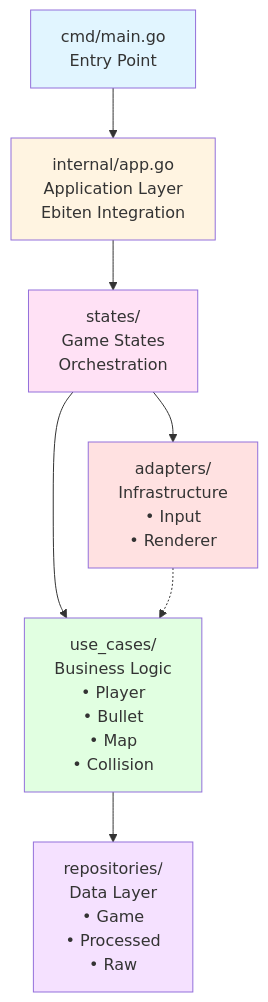
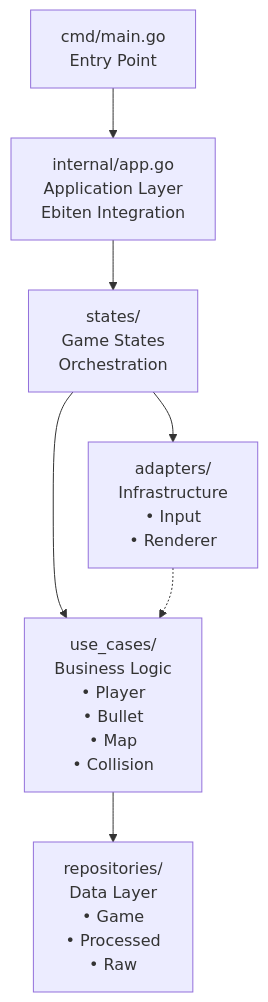
One commit to shpaker/tnk9x changed the first of 5 diagrams in README.md. Above: the diagram before and after it, drawn with Mermaid. The commit also changed other lines of this file, not shown here.

````diff
--- a/README.md
+++ b/README.md
@@ -82,25 +82,18 @@
 ```mermaid
 graph TB
     Entry[cmd/main.go<br/>Entry Point]
     App[internal/app.go<br/>Application Layer<br/>Ebiten Integration]
     States[states/<br/>Game States<br/>Orchestration]
     
     UseCases[use_cases/<br/>Business Logic<br/>• Player<br/>• Bullet<br/>• Map<br/>• Collision]
     Adapters[adapters/<br/>Infrastructure<br/>• Input<br/>• Renderer]
     
     Repos[repositories/<br/>Data Layer<br/>• Game<br/>• Processed<br/>• Raw]
     
     Entry --> App
     App --> States
     States --> UseCases
     States --> Adapters
     Adapters -.-> UseCases
     UseCases --> Repos
-    
-    style Entry fill:#e1f5ff
-    style App fill:#fff4e1
-    style States fill:#ffe1f5
-    style UseCases fill:#e1ffe1
-    style Adapters fill:#ffe1e1
-    style Repos fill:#f5e1ff
 ```
````
